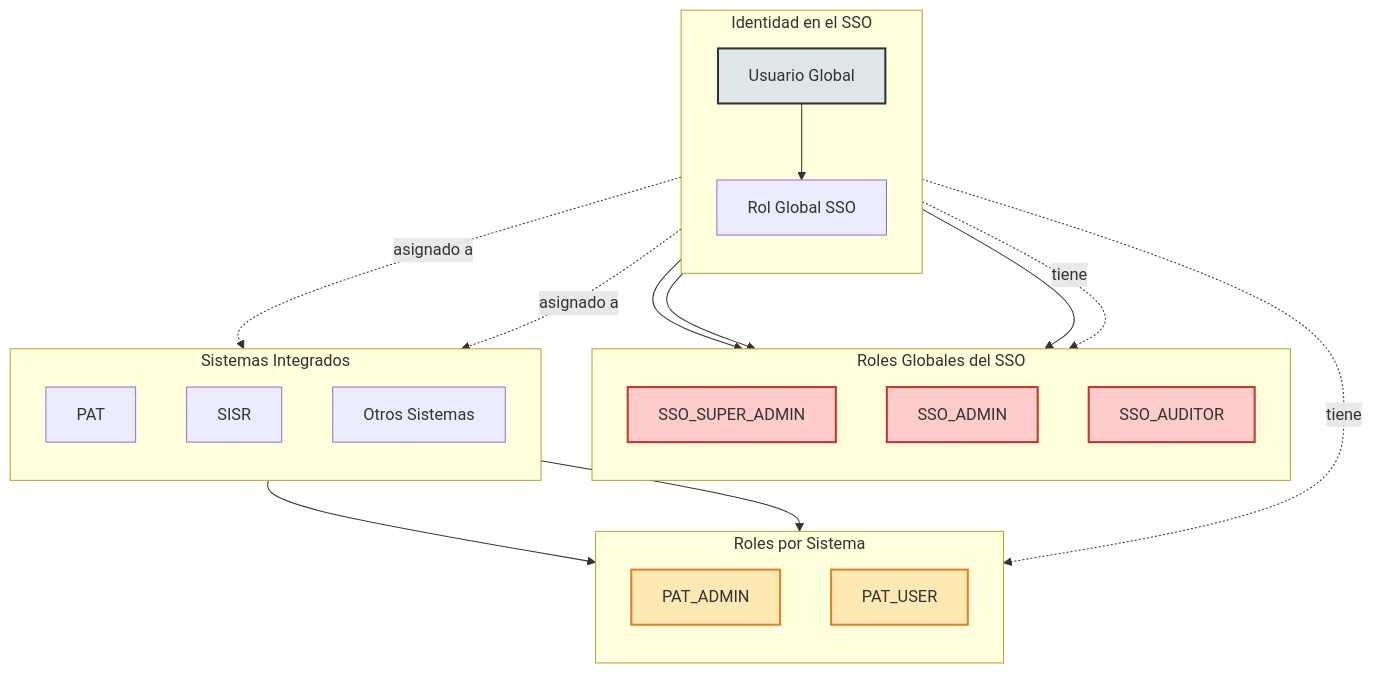
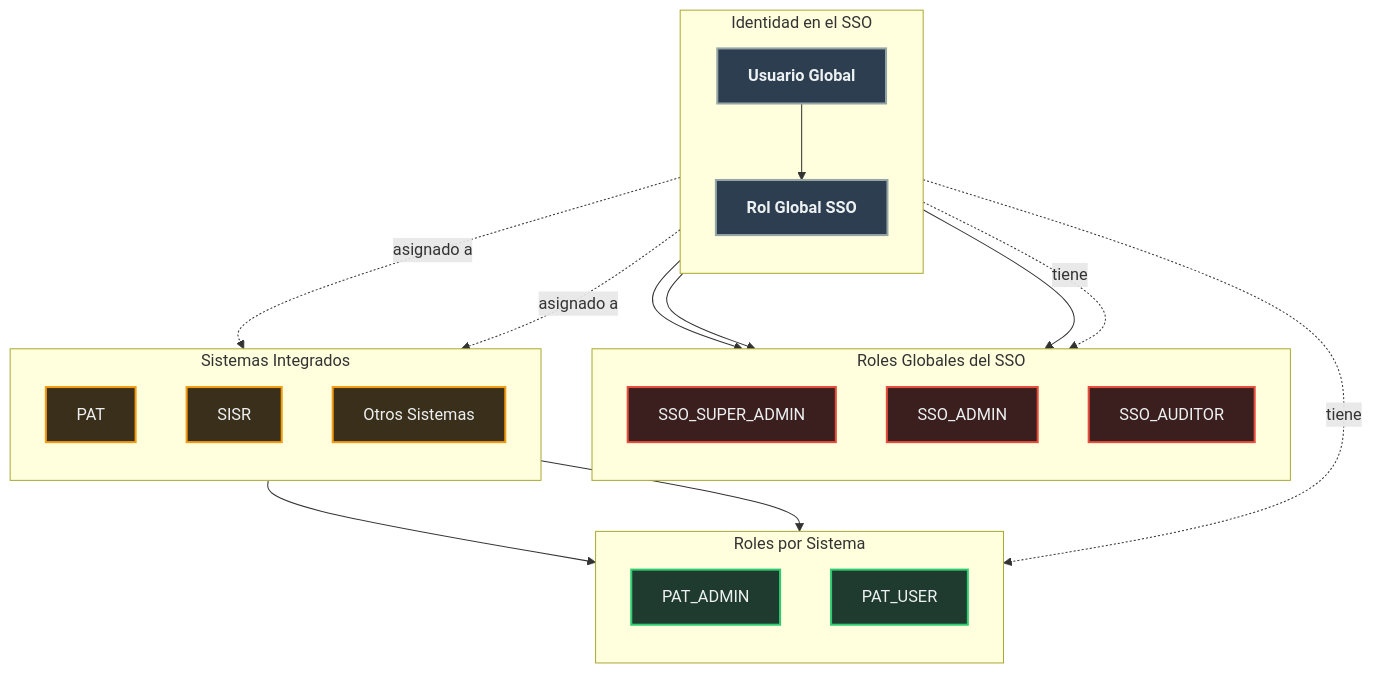
The diagram in docs/diagrams/sso-governance/diagram-03-roles-separation.mmd (jvaldezb/Sso), drawn with Mermaid before and after one commit. The commit also changed 5 other files, not shown here.

```diff
--- a/docs/diagrams/sso-governance/diagram-03-roles-separation.mmd
+++ b/docs/diagrams/sso-governance/diagram-03-roles-separation.mmd
@@ -1,68 +1,71 @@
 flowchart TB
 
     %% ===============================
     %% IDENTIDAD GLOBAL
     %% ===============================
     subgraph ID[Identidad en el SSO]
         direction TB
         U[Usuario Global]
         R0[Rol Global SSO]
 
         U --> R0
     end
 
     %% ===============================
     %% ROLES GLOBALES
     %% ===============================
     subgraph RG[Roles Globales del SSO]
         direction TB
         G1[SSO_SUPER_ADMIN]
         G2[SSO_ADMIN]
         G3[SSO_AUDITOR]
 
         R0 --> G1
         R0 --> G2
         R0 --> G3
     end
 
     %% ===============================
     %% SISTEMAS INTEGRADOS
     %% ===============================
     subgraph SYS[Sistemas Integrados]
         direction TB
         S1[PAT]
         S2[SISR]
         S3[Otros Sistemas]
     end
 
     %% ===============================
     %% ROLES POR SISTEMA
     %% ===============================
     subgraph RS[Roles por Sistema]
         direction TB
         P1[PAT_ADMIN]
         P2[PAT_USER]
 
         S1 --> P1
         S1 --> P2
     end
 
     %% ===============================
     %% ASIGNACIÓN DE ROLES
     %% ===============================
     U -.->|asignado a| S1
     U -.->|asignado a| S2
 
     U -.->|tiene| G1
     U -.->|tiene| P1
 
     %% ===============================
-    %% ESTILOS
+    %% ESTILOS DARK MODE
     %% ===============================
-    classDef identity fill:#dfe6e9,stroke:#2d3436,stroke-width:2px;
-    classDef global fill:#ffcccc,stroke:#c0392b,stroke-width:2px;
-    classDef system fill:#ffe9b3,stroke:#e67e22,stroke-width:2px;
+    classDef identity fill:#2c3e50,stroke:#95a5a6,stroke-width:2px,color:#ecf0f1,font-weight:bold;
+    classDef global fill:#3b1f1f,stroke:#e74c3c,stroke-width:2px,color:#ecf0f1;
+    classDef system fill:#3a2f1a,stroke:#f39c12,stroke-width:2px,color:#ecf0f1;
+    classDef roleSystem fill:#1f3a2e,stroke:#2ecc71,stroke-width:2px,color:#ecf0f1;
 
     class U identity
+    class R0 identity
     class G1,G2,G3 global
-    class P1,P2 system
+    class S1,S2,S3 system
+    class P1,P2 roleSystem
```
